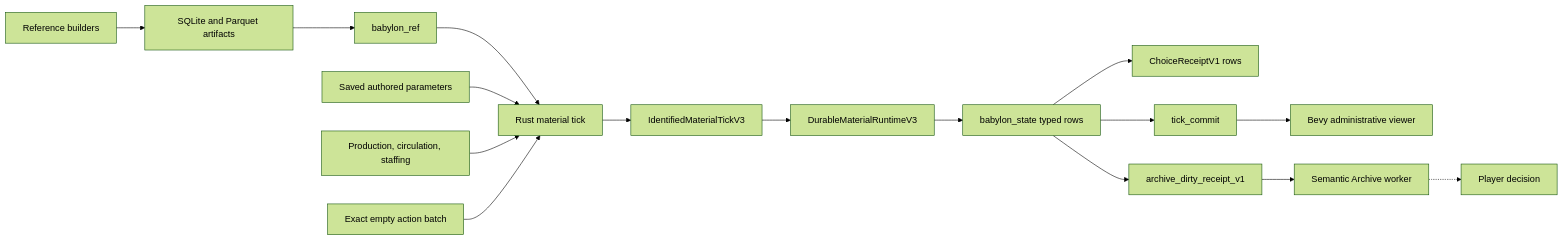
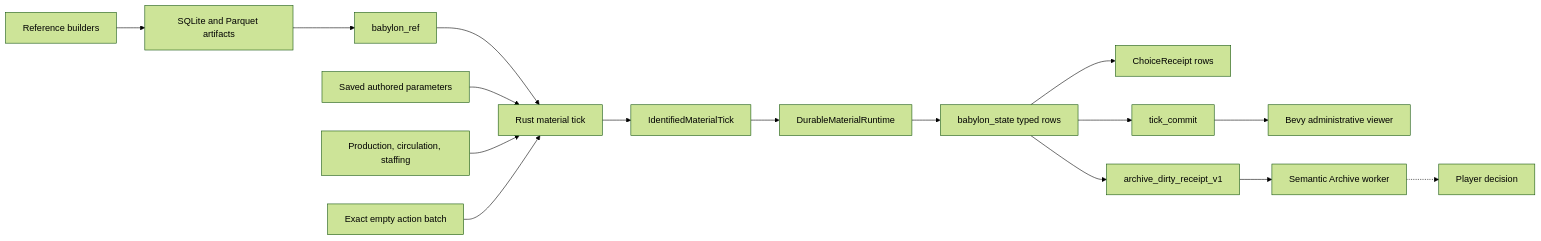
One commit to bogdanscarwash/babylon changed the diagram in docs/concepts/architecture.rst. Above: the diagram before and after it, drawn with Mermaid (forest theme). The commit also changed other lines of this file and 396 other files, not shown here.

```diff
--- a/docs/concepts/architecture.rst
+++ b/docs/concepts/architecture.rst
@@ -313,18 +284,18 @@
 .. mermaid::
 
    flowchart LR
        REF["babylon_ref"] --> TICK["Rust material tick"]
        DEFINES["Saved authored parameters"] --> TICK
        MATERIAL["Production, circulation, staffing"] --> TICK
        EMPTY["Exact empty action batch"] --> TICK
-       TICK --> IDENTIFIED["IdentifiedMaterialTickV3"]
-       IDENTIFIED --> RUNTIME["DurableMaterialRuntimeV3"]
+       TICK --> IDENTIFIED["IdentifiedMaterialTick"]
+       IDENTIFIED --> RUNTIME["DurableMaterialRuntime"]
        RUNTIME --> STATE["babylon_state typed rows"]
-       STATE --> RECEIPT["ChoiceReceiptV1 rows"]
+       STATE --> RECEIPT["ChoiceReceipt rows"]
        STATE --> MARKER["tick_commit"]
        STATE --> DIRTY["archive_dirty_receipt_v1"]
        MARKER --> VIEW["Bevy administrative viewer"]
        PY["Reference builders"] --> DATA["SQLite and Parquet artifacts"]
        DATA --> REF
        DIRTY --> ARCHIVE["Semantic Archive worker"]
        ARCHIVE -.-> CHOICE["Player decision"]
```
